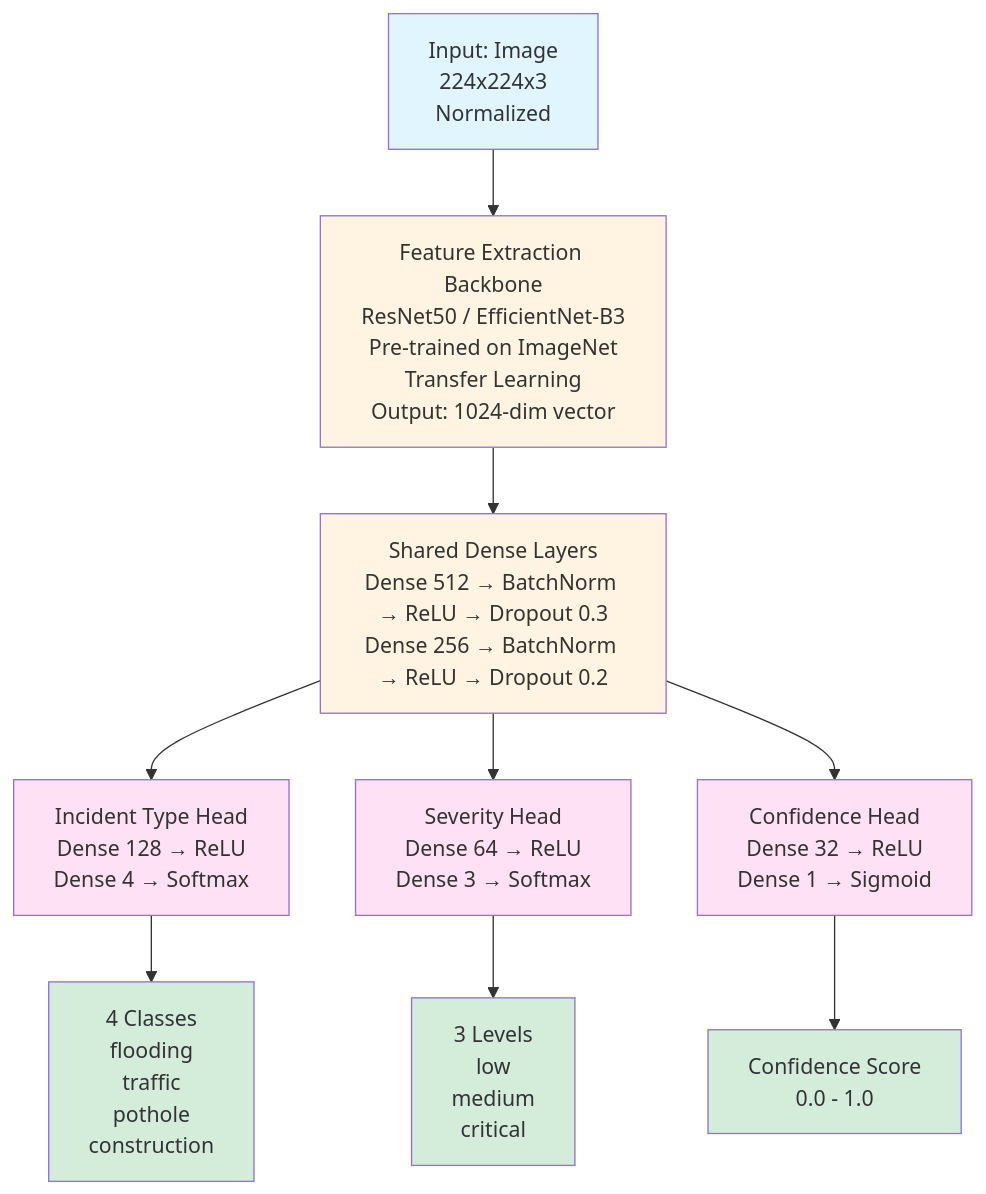
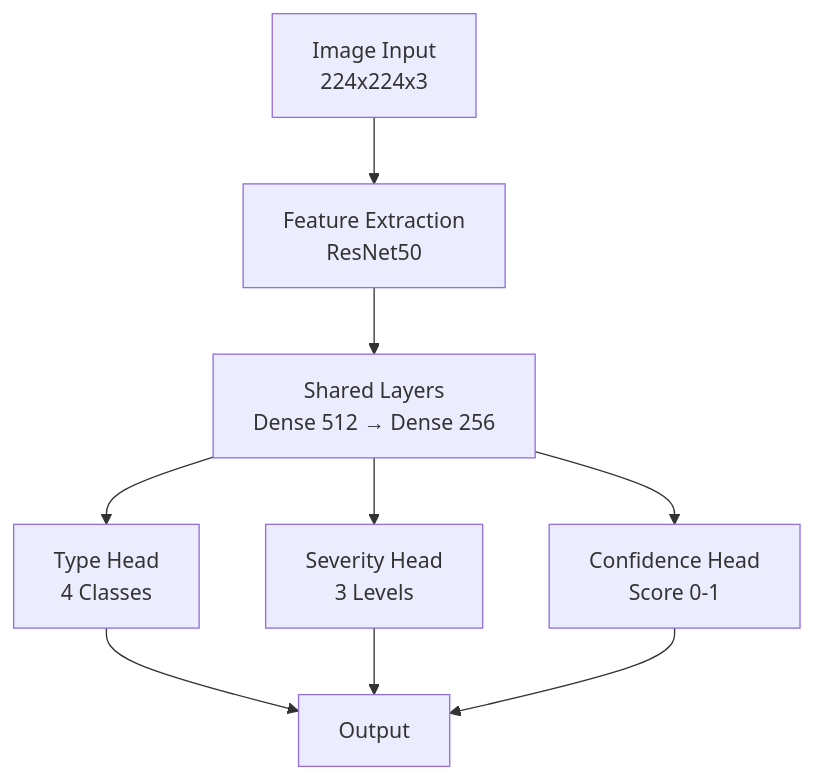
The first of 2 diagrams in docs/future/05-AI-Classification-Model.md (nvtank/AI_Assistant_DN), drawn with Mermaid before and after one commit. The commit also changed other lines of this file and 3 other files, not shown here.

````diff
--- a/docs/future/05-AI-Classification-Model.md
+++ b/docs/future/05-AI-Classification-Model.md
@@ -41,24 +41,11 @@
 ```mermaid
 flowchart TD
-    Input[Input: Image<br/>224x224x3<br/>Normalized] --> Backbone[Feature Extraction Backbone<br/>ResNet50 / EfficientNet-B3<br/>Pre-trained on ImageNet<br/>Transfer Learning<br/>Output: 1024-dim vector]
-    
-    Backbone --> Shared[Shared Dense Layers<br/>Dense 512 → BatchNorm → ReLU → Dropout 0.3<br/>Dense 256 → BatchNorm → ReLU → Dropout 0.2]
-    
-    Shared --> TypeHead[Incident Type Head<br/>Dense 128 → ReLU<br/>Dense 4 → Softmax]
-    Shared --> SeverityHead[Severity Head<br/>Dense 64 → ReLU<br/>Dense 3 → Softmax]
-    Shared --> ConfidenceHead[Confidence Head<br/>Dense 32 → ReLU<br/>Dense 1 → Sigmoid]
-    
-    TypeHead --> TypeOutput[4 Classes<br/>flooding<br/>traffic<br/>pothole<br/>construction]
-    SeverityHead --> SeverityOutput[3 Levels<br/>low<br/>medium<br/>critical]
-    ConfidenceHead --> ConfidenceOutput[Confidence Score<br/>0.0 - 1.0]
-    
-    style Input fill:#e1f5ff
-    style Backbone fill:#fff4e1
-    style Shared fill:#fff4e1
-    style TypeHead fill:#ffe1f5
-    style SeverityHead fill:#ffe1f5
-    style ConfidenceHead fill:#ffe1f5
-    style TypeOutput fill:#d4edda
-    style SeverityOutput fill:#d4edda
-    style ConfidenceOutput fill:#d4edda
+    Input[Image Input<br/>224x224x3] --> Backbone[Feature Extraction<br/>ResNet50]
+    Backbone --> Shared[Shared Layers<br/>Dense 512 → Dense 256]
+    Shared --> TypeHead[Type Head<br/>4 Classes]
+    Shared --> SeverityHead[Severity Head<br/>3 Levels]
+    Shared --> ConfidenceHead[Confidence Head<br/>Score 0-1]
+    TypeHead --> Output[Output]
+    SeverityHead --> Output
+    ConfidenceHead --> Output
 ```
````
